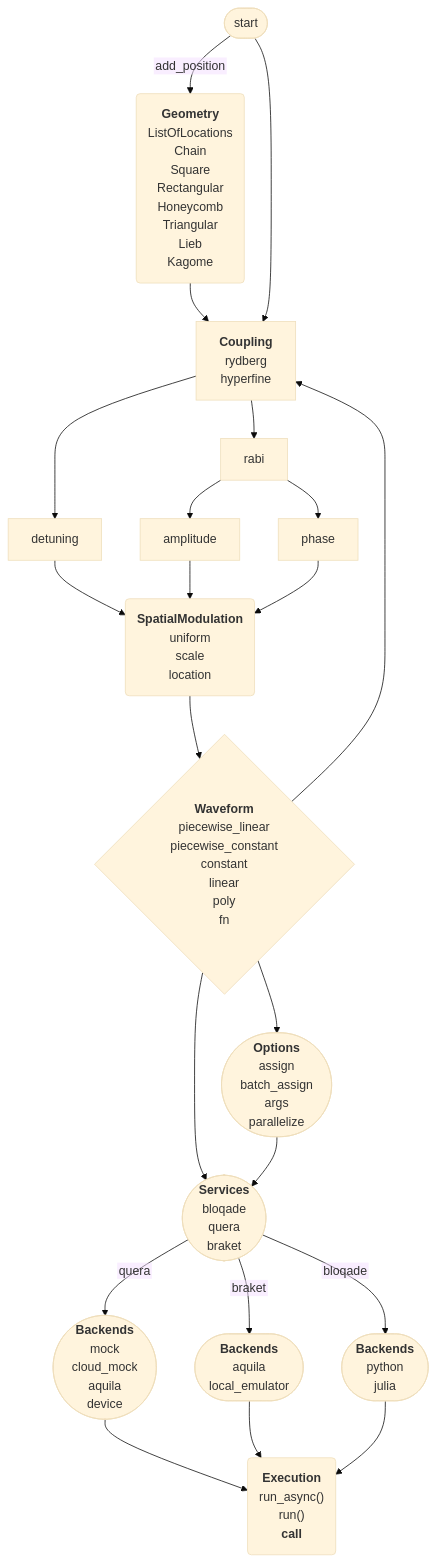
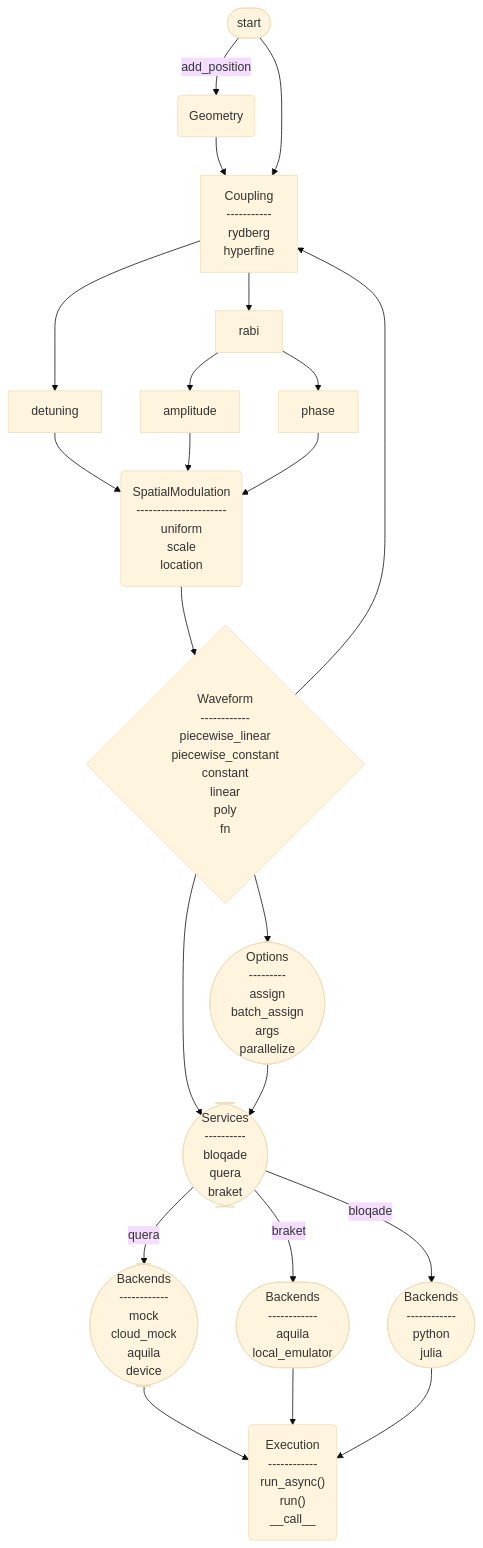
Before and after one commit to QuEraComputing/bloqade-python: the diagram in docs/builder-workflow/standard.md, drawn with Mermaid (base theme). The commit also changed 1 other file, not shown here.

Commit message:
removing jupytext.

````diff
--- a/docs/builder-workflow/standard.md
+++ b/docs/builder-workflow/standard.md
@@ -4,80 +4,74 @@
 ``` mermaid
-%%{init: {"flowchart": {"htmlLabels": false}} }%%
+
 flowchart TD
 
-  ProgramStart(["`start`"])
+  ProgramStart(["start"])
 
-  Geometry("`
-  **Geometry**
+  Geometry("Geometry")
 
-  ListOfLocations
-  Chain
-  Square
-  Rectangular
-  Honeycomb
-  Triangular
-  Lieb
-  Kagome
-  `")
+  Coupling["Coupling
+  -----------
+  rydberg
+  hyperfine"]
 
-  Coupling["`**Coupling**
+  Detuning["detuning"]
+  Rabi["rabi"]
 
-  rydberg
-  hyperfine
-  `"]
+  Amplitude["amplitude"]
+  Phase["phase"]
 
-  Detuning["`detuning`"]
-  Rabi["`rabi`"]
-
-  Amplitude["`amplitude`"]
-  Phase["`phase`"]
-
-  SpaceModulation("`**SpatialModulation**
-
+  SpaceModulation("SpatialModulation
+  ----------------------
   uniform
   scale
   location
-  `")
-  Waveform{"`**Waveform**
-
+  ")
+  Waveform{"Waveform
+  ------------
   piecewise_linear
   piecewise_constant
   constant
   linear
   poly
   fn
-  `"}
+  "}
 
-  Options(["`**Options**
+  Options(["Options
+  ---------
   assign
   batch_assign
   args
   parallelize
-  `"])
+  "])
 
-  Services(["`**Services**
+  Services(["Services
+  ----------
   bloqade
   quera
-  braket`"])
+  braket"])
 
-  QuEraBackends(["`**Backends**
+  QuEraBackends(["Backends
+  ------------
   mock
   cloud_mock
   aquila
-  device`"])
+  device"])
 
-  BraketBackends(["`**Backends**
+  BraketBackends(["Backends
+  ------------
   aquila
-  local_emulator`"])
+  local_emulator"])
 
-  BloqadeBackends(["`**Backends**
+  BloqadeBackends(["Backends
+  ------------
   python
-  julia`"])
+  julia"])
 
-  Submit("`**Execution**
+  Submit("Execution
+  ------------
   run_async()
   run()
-  __call__`")
+  __call__")
 
   ProgramStart -->|add_position| Geometry;
   Geometry --> Coupling;
````
